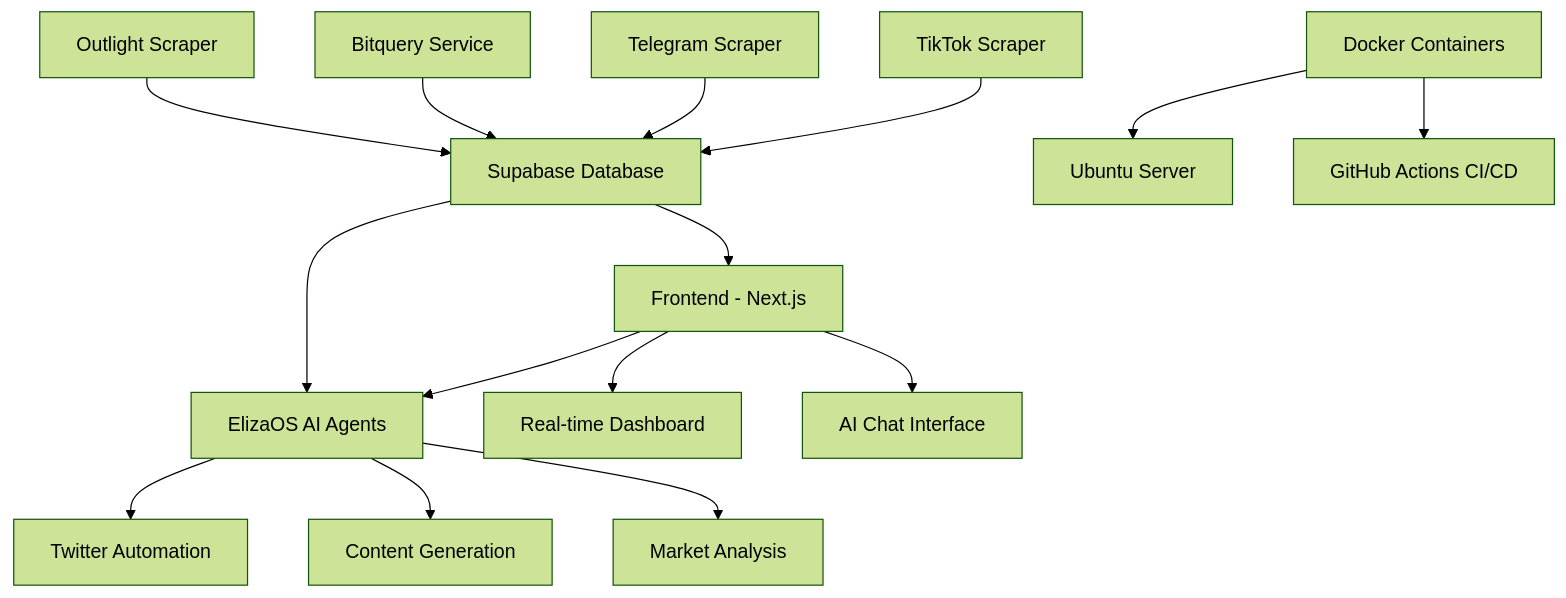
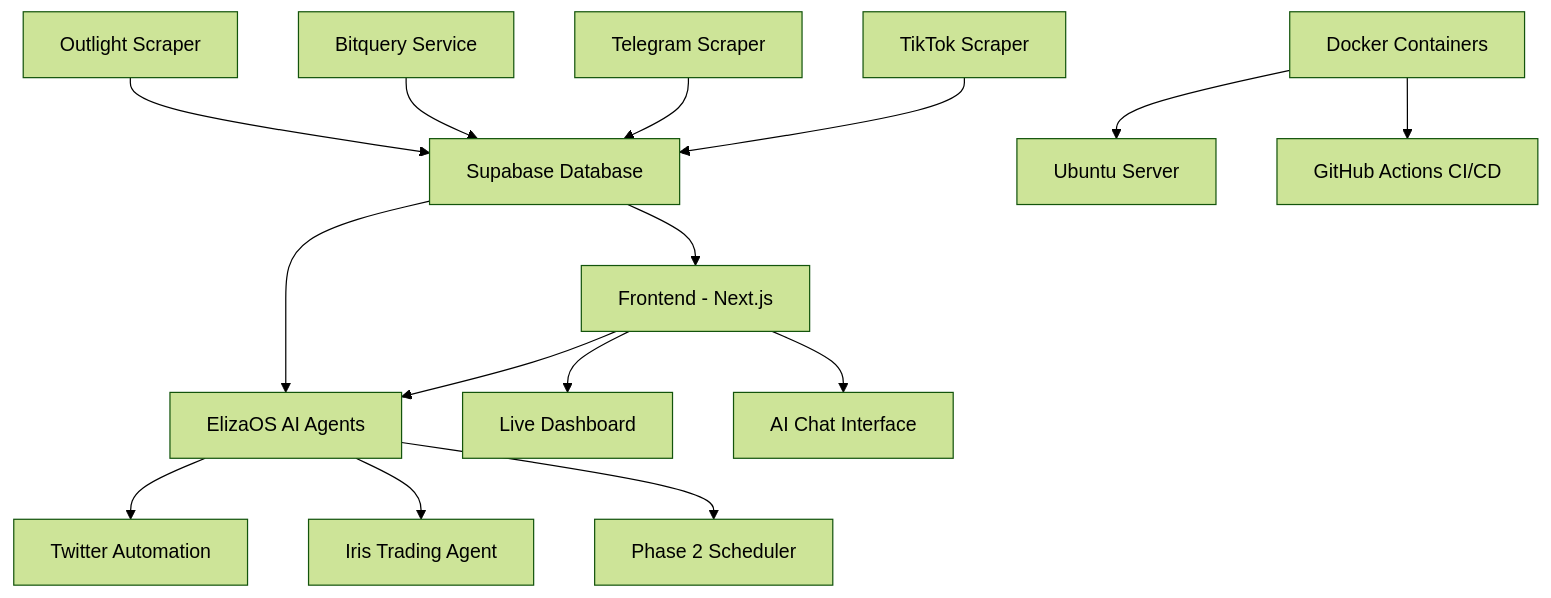
The diagram in README.md (muhaj-dev/belisasari-t), drawn with Mermaid (forest theme) before and after one commit. The commit also changed other lines of this file, not shown here.

````diff
--- a/README.md
+++ b/README.md
@@ -37,21 +38,21 @@
 ```mermaid
 graph TB
     A[Frontend - Next.js] --> B[ElizaOS AI Agents]
-    A --> C[Real-time Dashboard]
+    A --> C[Live Dashboard]
     A --> D[AI Chat Interface]
     
     B --> E[Twitter Automation]
-    B --> F[Content Generation]
-    B --> G[Market Analysis]
+    B --> F[Iris Trading Agent]
+    B --> G[Phase 2 Scheduler]
     
     H[TikTok Scraper] --> I[Supabase Database]
     J[Telegram Scraper] --> I
     K[Bitquery Service] --> I
     L[Outlight Scraper] --> I
     
     I --> A
     I --> B
     
     M[Docker Containers] --> N[Ubuntu Server]
     M --> O[GitHub Actions CI/CD]
 ```
````
